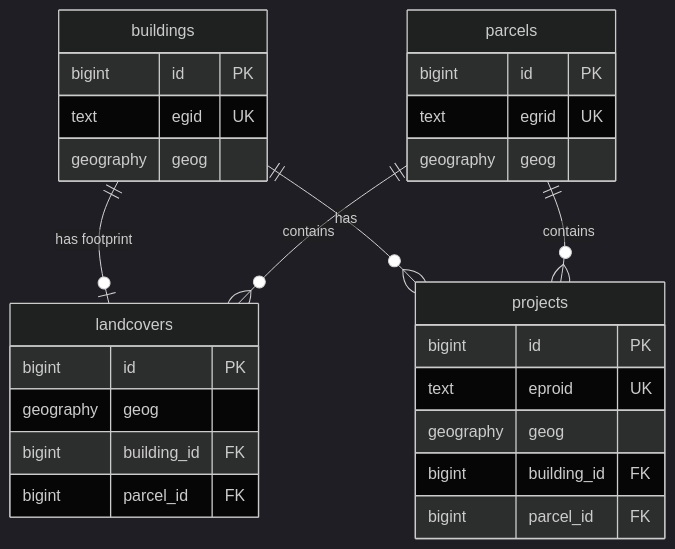
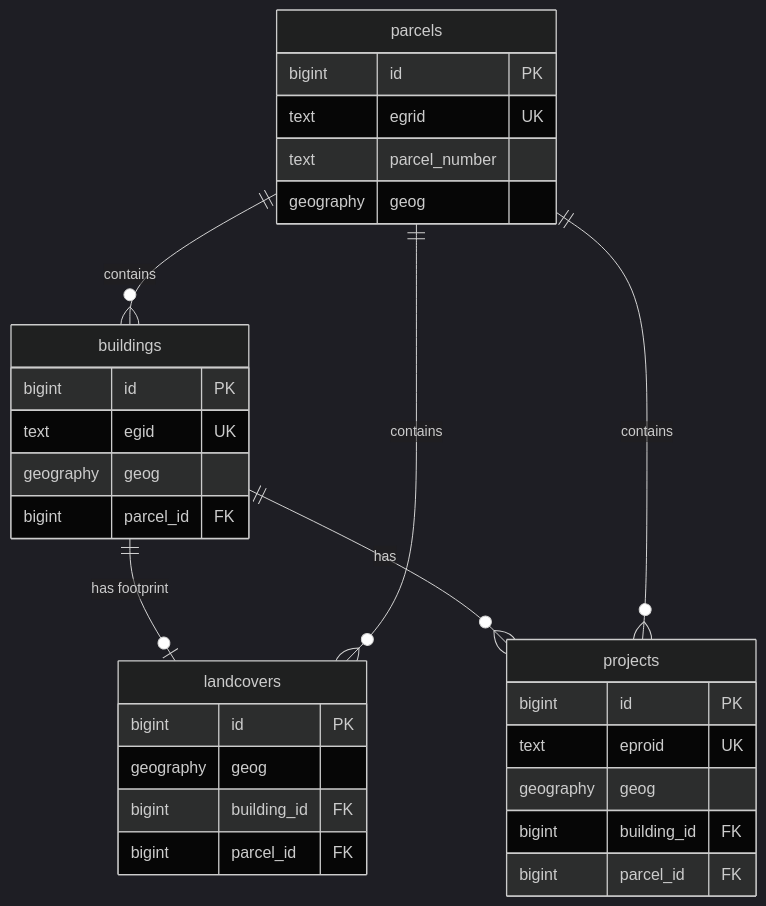
The diagram in documentation/DATAMODEL.md (davras5/OpenBuildings), drawn with Mermaid (dark theme) before and after one commit. The commit also changed other lines of this file, not shown here.

````diff
--- a/documentation/DATAMODEL.md
+++ b/documentation/DATAMODEL.md
@@ -21,34 +21,37 @@
 ```mermaid
 erDiagram
+    parcels ||--o{ buildings : "contains"
     buildings ||--o| landcovers : "has footprint"
     parcels ||--o{ landcovers : "contains"
     buildings ||--o{ projects : "has"
     parcels ||--o{ projects : "contains"
 
     buildings {
         bigint id PK
         text egid UK
         geography geog
+        bigint parcel_id FK
     }
 
     parcels {
         bigint id PK
         text egrid UK
+        text parcel_number
         geography geog
     }
 
     landcovers {
         bigint id PK
         geography geog
         bigint building_id FK
         bigint parcel_id FK
     }
 
     projects {
         bigint id PK
         text eproid UK
         geography geog
         bigint building_id FK
         bigint parcel_id FK
     }
 ```
````
